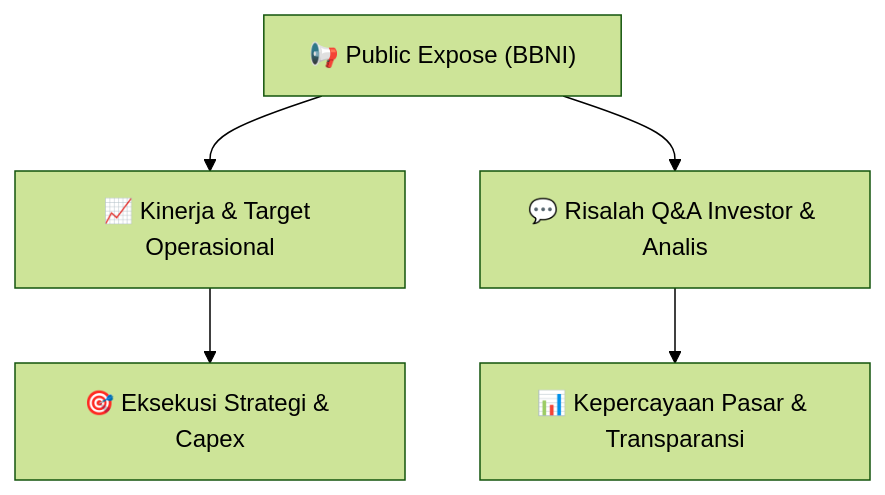
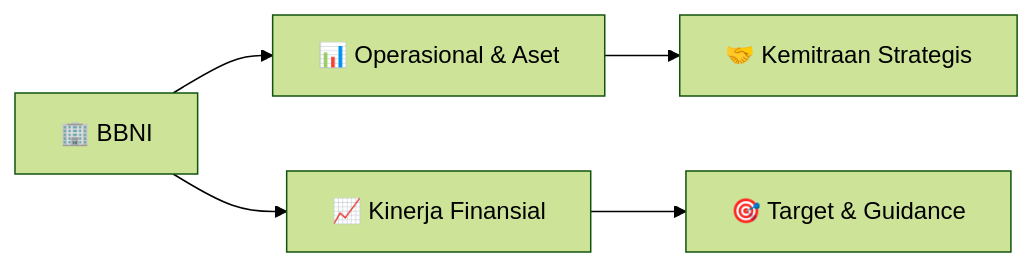
Before and after one commit to anYoneo/alphadigest-idx: the diagram in reports/summaries/public-exposes/informasi-pubex/BBNI_Public_Expose_20260904.md, drawn with Mermaid (forest theme). The commit also changed other lines of this file and 526 other files, not shown here.

````diff
--- a/reports/summaries/public-exposes/informasi-pubex/BBNI_Public_Expose_20260904.md
+++ b/reports/summaries/public-exposes/informasi-pubex/BBNI_Public_Expose_20260904.md
@@ -38,7 +70,7 @@
 ```mermaid
-flowchart TD
-    A["📢 Public Expose (BBNI)"] --> B["📈 Kinerja & Target Operasional"]
-    A --> C["💬 Risalah Q&A Investor & Analis"]
-    B --> D["🎯 Eksekusi Strategi & Capex"]
-    C --> E["📊 Kepercayaan Pasar & Transparansi"]
+flowchart LR
+    A["🏢 BBNI"] --> B["📊 Operasional & Aset"]
+    A --> C["📈 Kinerja Finansial"]
+    B --> D["🤝 Kemitraan Strategis"]
+    C --> E["🎯 Target & Guidance"]
 ```
````
